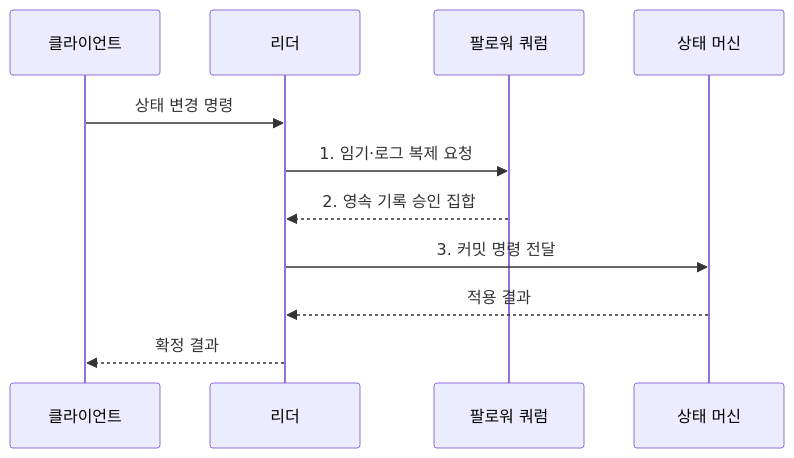
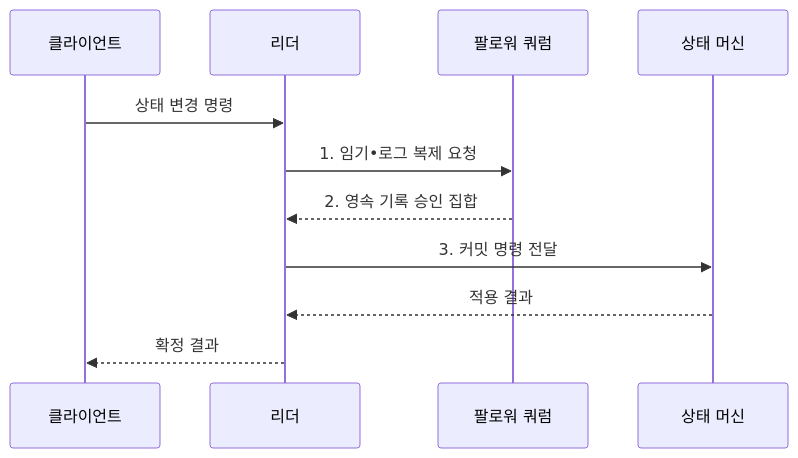
One commit to agnusdei1207/knowledge-base changed the second of 2 diagrams in src/content/docs/notes/03-software/177_distributed_consensus_raft_paxos.md. Above: the diagram before and after it, drawn with Mermaid. The commit also changed other lines of this file and 953 other files, not shown here.

````diff
--- a/src/content/docs/notes/03-software/177_distributed_consensus_raft_paxos.md
+++ b/src/content/docs/notes/03-software/177_distributed_consensus_raft_paxos.md
@@ -105,13 +105,13 @@
 ```mermaid
 sequenceDiagram
     participant C as 클라이언트
     participant L as 리더
     participant F as 팔로워 쿼럼
     participant S as 상태 머신
     C->>L: 상태 변경 명령
-    L->>F: 1. 임기·로그 복제 요청
+    L->>F: 1. 임기•로그 복제 요청
     F-->>L: 2. 영속 기록 승인 집합
     L->>S: 3. 커밋 명령 전달
     S-->>L: 적용 결과
     L-->>C: 확정 결과
 ```
````
